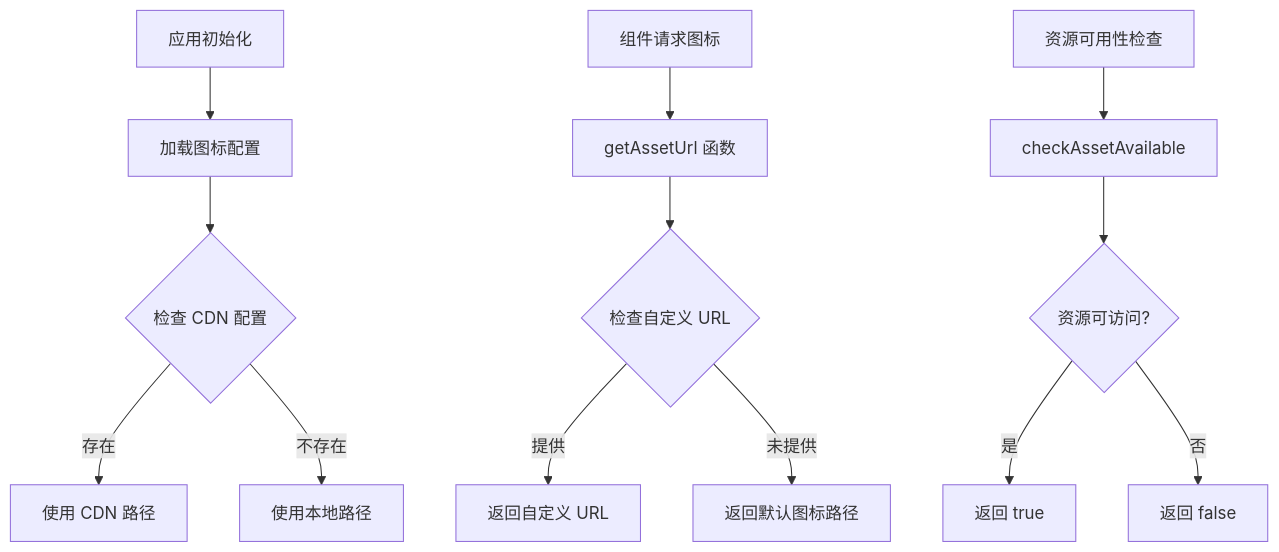
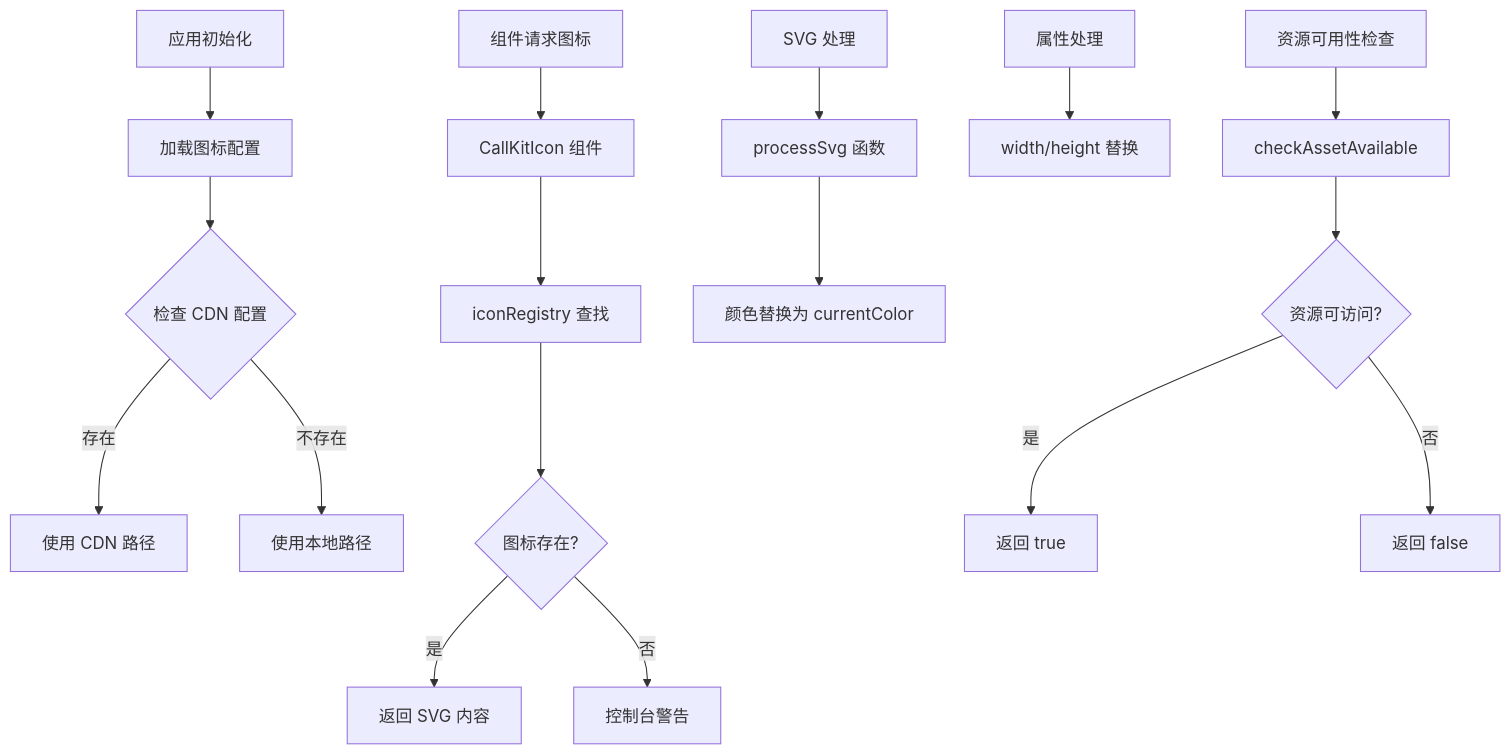
One commit to Easemob-Community/easemob-uikit-callkit-vue3 changed the second of 5 diagrams in .qoder/repowiki/zh/content/核心组件/群组通话模块/图标系统.md. Above: the diagram before and after it, drawn with Mermaid. The commit also changed other lines of this file and 40 other files, not shown here.

````diff
--- a/.qoder/repowiki/zh/content/核心组件/群组通话模块/图标系统.md
+++ b/.qoder/repowiki/zh/content/核心组件/群组通话模块/图标系统.md
@@ -92,15 +112,19 @@
 ```mermaid
 flowchart TD
 A[应用初始化] --> B[加载图标配置]
 B --> C{检查 CDN 配置}
 C --> |存在| D[使用 CDN 路径]
 C --> |不存在| E[使用本地路径]
-F[组件请求图标] --> G[getAssetUrl 函数]
-G --> H{检查自定义 URL}
-H --> |提供| I[返回自定义 URL]
-H --> |未提供| J[返回默认图标路径]
-K[资源可用性检查] --> L[checkAssetAvailable]
-L --> M{资源可访问?}
-M --> |是| N[返回 true]
-M --> |否| O[返回 false]
+F[组件请求图标] --> G[CallKitIcon 组件]
+G --> H[iconRegistry 查找]
+H --> I{图标存在?}
+I --> |是| J[返回 SVG 内容]
+I --> |否| K[控制台警告]
+L[SVG 处理] --> M[processSvg 函数]
+M --> N[颜色替换为 currentColor]
+O[属性处理] --> P[width/height 替换]
+Q[资源可用性检查] --> R[checkAssetAvailable]
+R --> S{资源可访问?}
+S --> |是| T[返回 true]
+S --> |否| U[返回 false]
 ```
````
